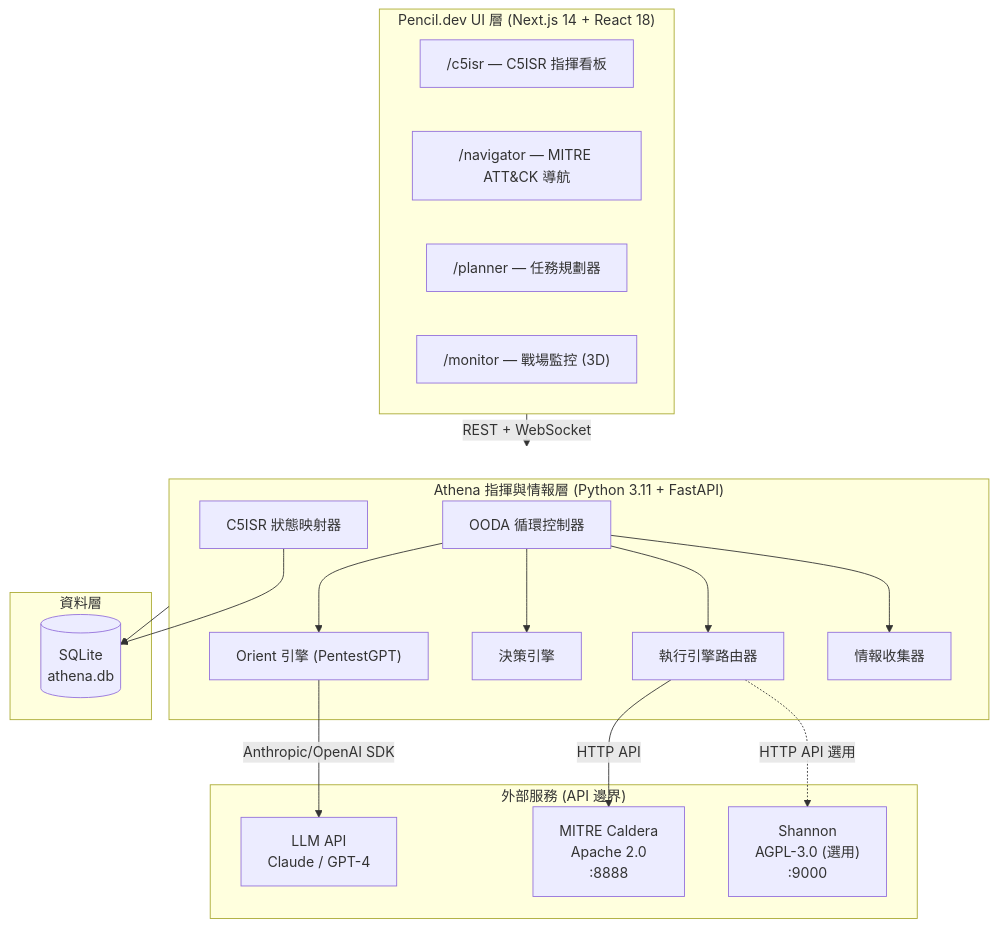
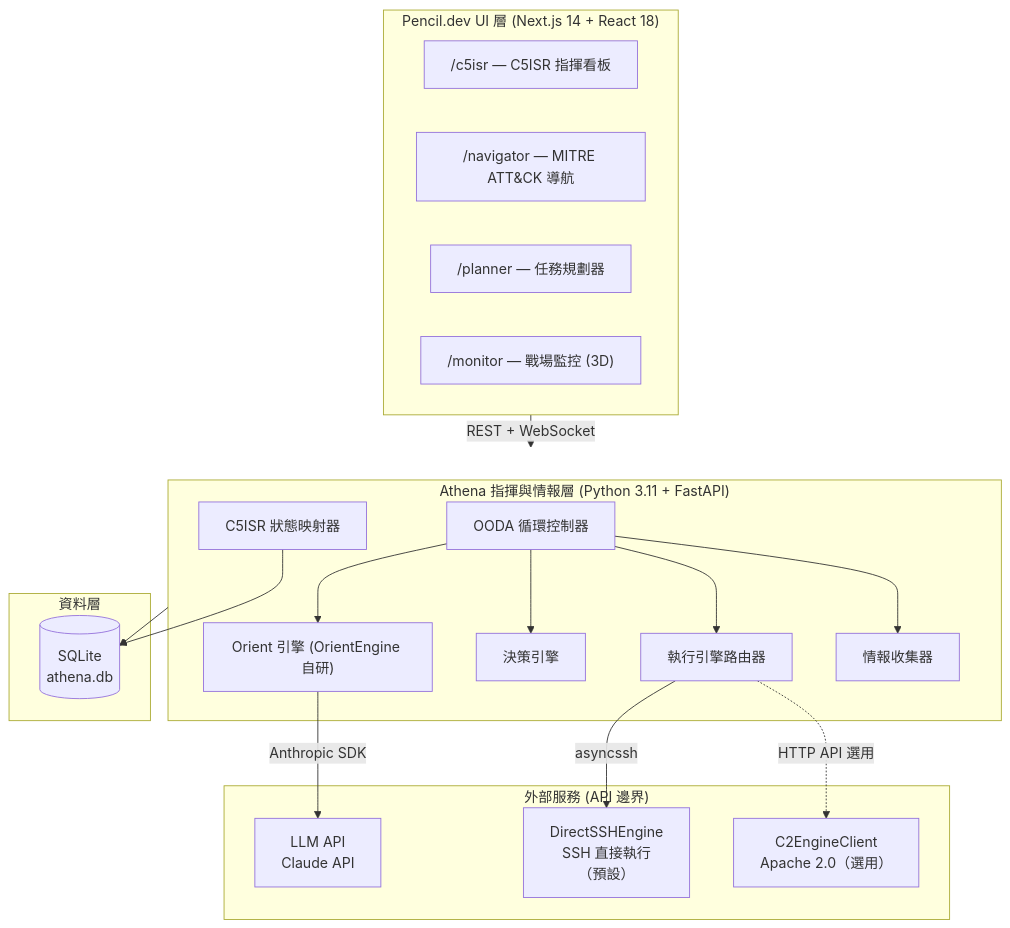
One commit to astroicers/Athena changed the first of 5 diagrams in docs/architecture.md. Above: the diagram before and after it, drawn with Mermaid. The commit also changed other lines of this file, not shown here.

First line of the commit message:
docs: architecture.md 去識別化同步（Phase E 文件補完）

````diff
--- a/docs/architecture.md
+++ b/docs/architecture.md
@@ -39,39 +39,39 @@
 ```mermaid
 graph TD
     subgraph UI["Pencil.dev UI 層 (Next.js 14 + React 18)"]
         C5ISR["/c5isr — C5ISR 指揮看板"]
         NAV["/navigator — MITRE ATT&CK 導航"]
         PLAN["/planner — 任務規劃器"]
         MON["/monitor — 戰場監控 (3D)"]
     end
 
     subgraph Core["Athena 指揮與情報層 (Python 3.11 + FastAPI)"]
         OODA["OODA 循環控制器"]
-        ORIENT["Orient 引擎 (PentestGPT)"]
+        ORIENT["Orient 引擎 (OrientEngine 自研)"]
         DECIDE["決策引擎"]
         ROUTER["執行引擎路由器"]
         C5MAP["C5ISR 狀態映射器"]
         FACTS["情報收集器"]
     end
 
     subgraph DB["資料層"]
         SQLITE[("SQLite\nathena.db")]
     end
 
     subgraph External["外部服務 (API 邊界)"]
-        LLM["LLM API\nClaude / GPT-4"]
-        CAL["MITRE Caldera\nApache 2.0\n:8888"]
-        SHA["Shannon\nAGPL-3.0 (選用)\n:9000"]
+        LLM["LLM API\nClaude API"]
+        CAL["DirectSSHEngine\nSSH 直接執行\n（預設）"]
+        SHA["C2EngineClient\nApache 2.0（選用）"]
     end
 
     UI -->|REST + WebSocket| Core
     OODA --> FACTS
     OODA --> ORIENT
     OODA --> DECIDE
     OODA --> ROUTER
-    ORIENT -->|Anthropic/OpenAI SDK| LLM
-    ROUTER -->|HTTP API| CAL
+    ORIENT -->|Anthropic SDK| LLM
+    ROUTER -->|asyncssh| CAL
     ROUTER -.->|HTTP API 選用| SHA
     Core --> SQLITE
     C5MAP --> SQLITE
 ```
````
